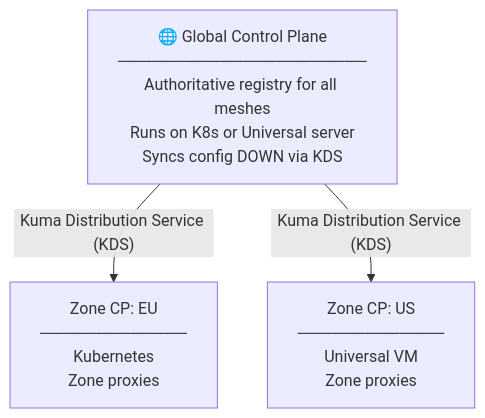
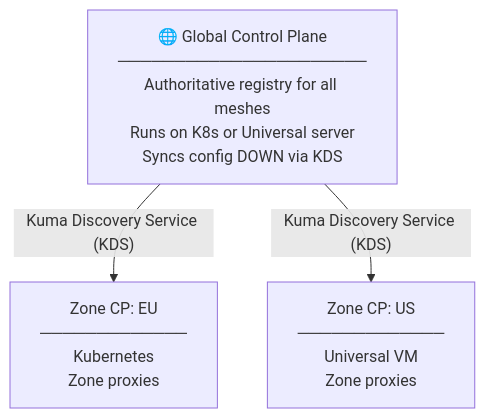
The diagram in app/mesh/scenarios/resource-scoping.md (Kong/developer.konghq.com), drawn with Mermaid before and after one commit. The commit also changed other lines of this file and 26 other files, not shown here.

```diff
--- a/app/mesh/scenarios/resource-scoping.md
+++ b/app/mesh/scenarios/resource-scoping.md
@@ -37,10 +38,10 @@
 {% mermaid %}
 flowchart TD
     GCP["🌐 Global Control Plane<br/>──────────────────────<br/>Authoritative registry for all meshes<br/>Runs on K8s or Universal server<br/>Syncs config DOWN via KDS"]
 
-    GCP -- "Kuma Distribution Service (KDS)" --> ZCP_EU
-    GCP -- "Kuma Distribution Service (KDS)" --> ZCP_US
+    GCP -- "Kuma Discovery Service (KDS)" --> ZCP_EU
+    GCP -- "Kuma Discovery Service (KDS)" --> ZCP_US
 
     ZCP_EU["Zone CP: EU<br/>─────────────<br/>Kubernetes<br/>Zone proxies"]
     ZCP_US["Zone CP: US<br/>─────────────<br/>Universal VM<br/>Zone proxies"]
 {% endmermaid %}
```
